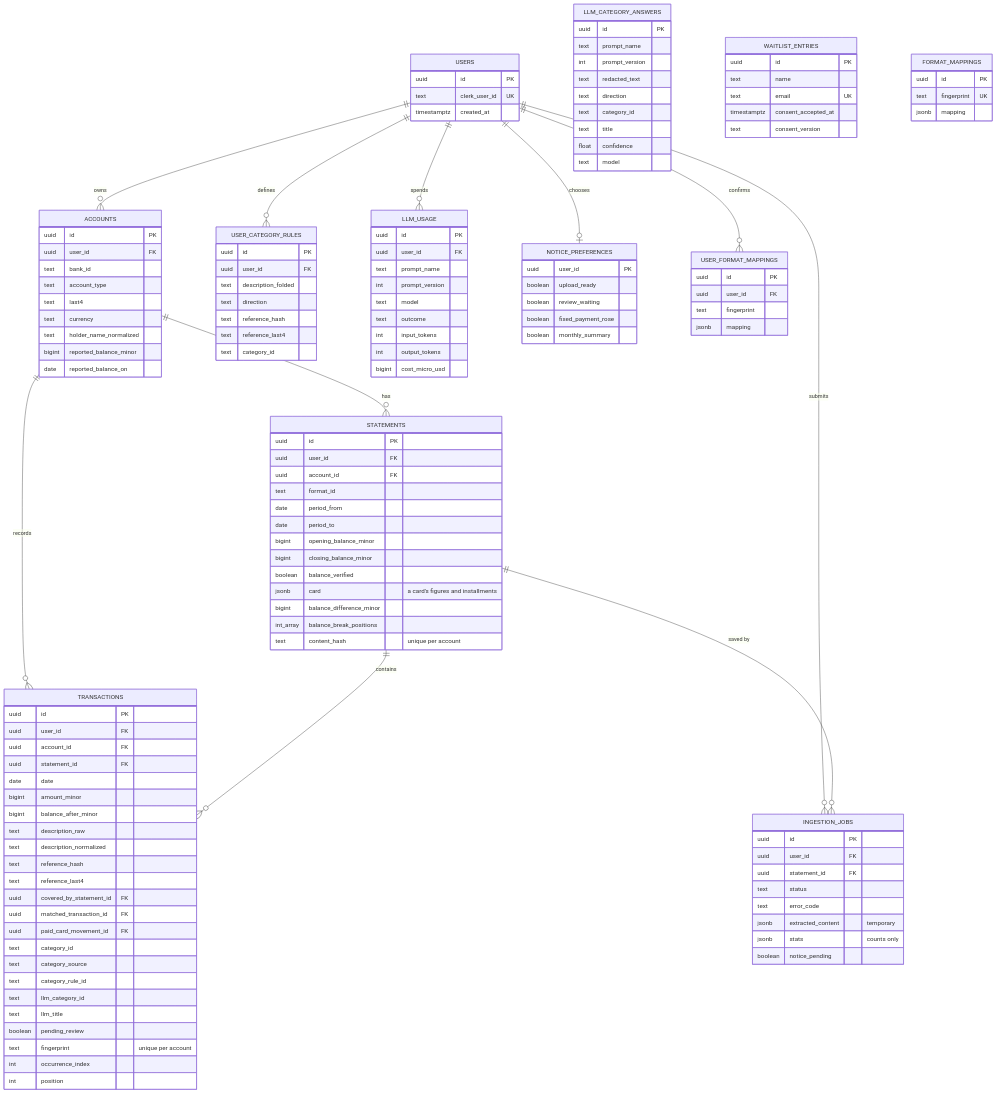
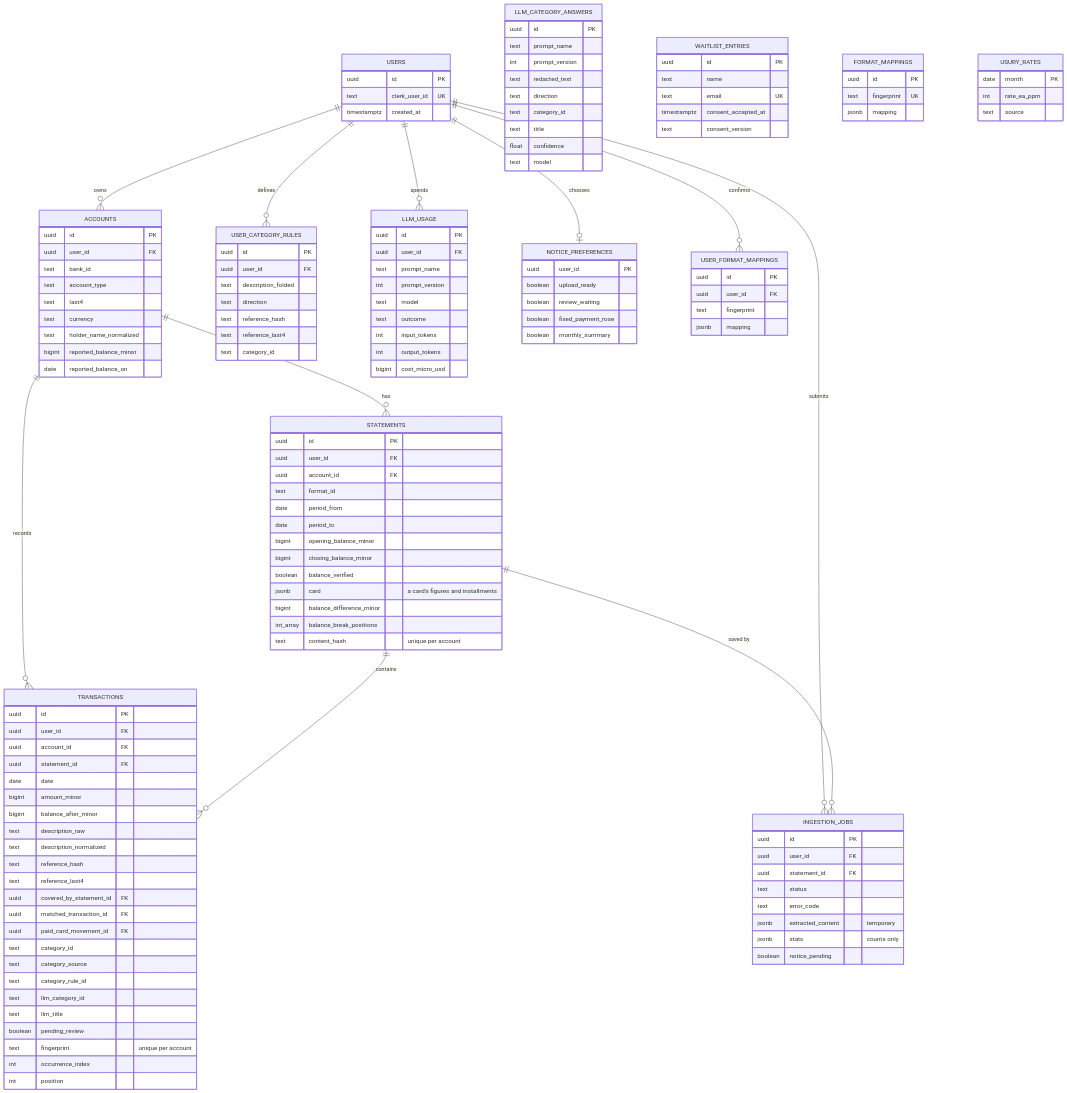
One commit to ingcarlostello/xtrakto changed the third of 7 diagrams in docs/ARCHITECTURE.md. Above: the diagram before and after it, drawn with Mermaid. The commit also changed other lines of this file and 6 other files, not shown here.

Commit message:
docs: usury rates by month

````diff
--- a/docs/ARCHITECTURE.md
+++ b/docs/ARCHITECTURE.md
@@ -321,4 +323,9 @@
         text fingerprint
         jsonb mapping
     }
+    USURY_RATES {
+        date month PK
+        int rate_ea_ppm
+        text source
+    }
 ```
````
